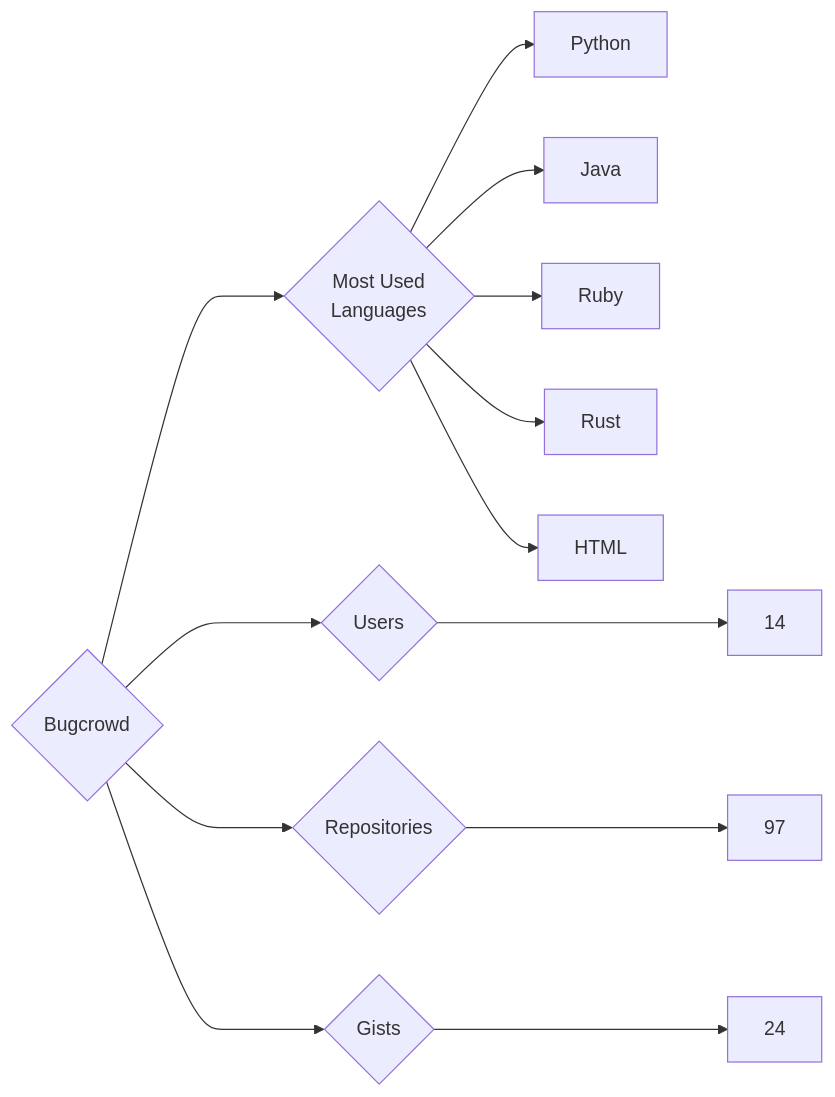
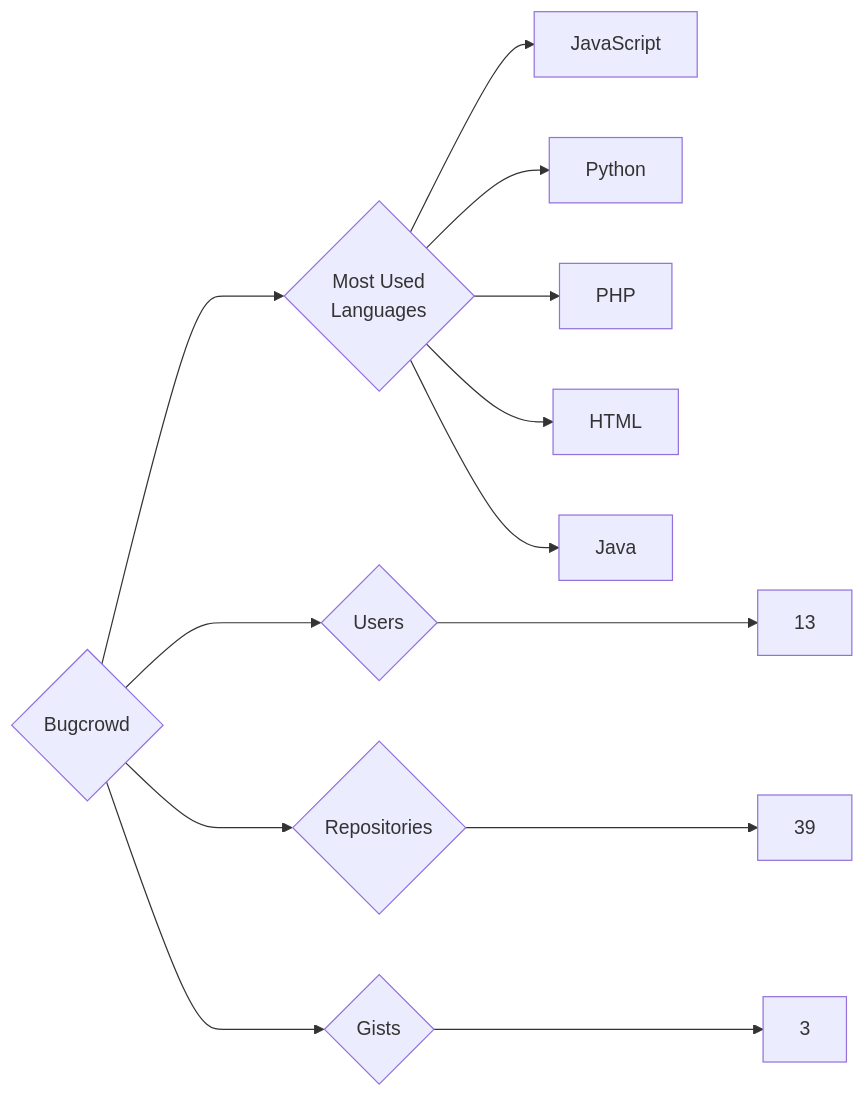
Before and after one commit to trickest/insiders: the diagram in targets/Bugcrowd/README.md, drawn with Mermaid. The commit also changed 933 other files, not shown here.

````diff
--- a/targets/Bugcrowd/README.md
+++ b/targets/Bugcrowd/README.md
@@ -3,13 +3,13 @@
 ```mermaid
 graph LR
 COMPANY_NAME{Bugcrowd}
-COMPANY_NAME ---> U{Users} ---> UN[14]
-COMPANY_NAME ---> R{Repositories} ---> RN[97]
-COMPANY_NAME ---> G{Gists} ---> GN[24]
+COMPANY_NAME ---> U{Users} ---> UN[13]
+COMPANY_NAME ---> R{Repositories} ---> RN[39]
+COMPANY_NAME ---> G{Gists} ---> GN[3]
 COMPANY_NAME ---> ML{Most Used<br>Languages}
+ML --> JavaScript[JavaScript]
 ML --> Python[Python]
+ML --> PHP[PHP]
+ML --> HTML[HTML]
 ML --> Java[Java]
-ML --> Ruby[Ruby]
-ML --> Rust[Rust]
-ML --> HTML[HTML]
 ```
````
